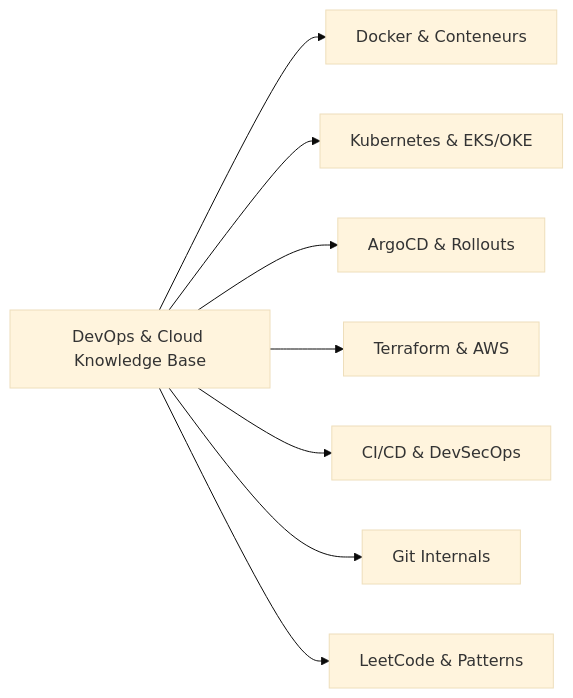
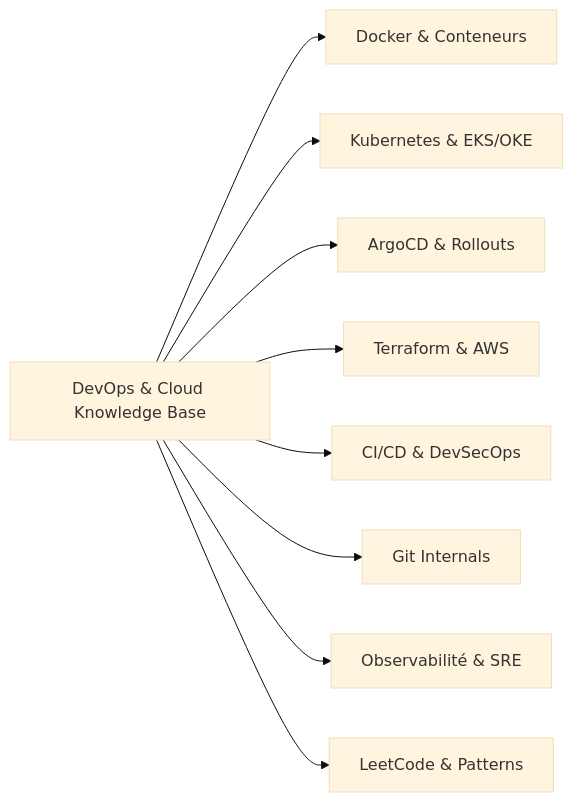
Before and after one commit to yassinekamouss/devops_interview_prep: the diagram in README.md, drawn with Mermaid (base theme). The commit also changed other lines of this file, not shown here.

Commit message:
docs: mise a jour du README avec le module Observabilite et SRE

````diff
--- a/README.md
+++ b/README.md
@@ -61,11 +65,12 @@
 ```mermaid
 graph LR
     DevOps[DevOps & Cloud Knowledge Base]
     DevOps --> Conteneurs[Docker & Conteneurs]
     DevOps --> Orches[Kubernetes & EKS/OKE]
     DevOps --> GitOps[ArgoCD & Rollouts]
     DevOps --> IaC[Terraform & AWS]
     DevOps --> Pipe[CI/CD & DevSecOps]
     DevOps --> VCS[Git Internals]
+    DevOps --> Obs[Observabilité & SRE]
     DevOps --> Algo[LeetCode & Patterns]
 ```
````
